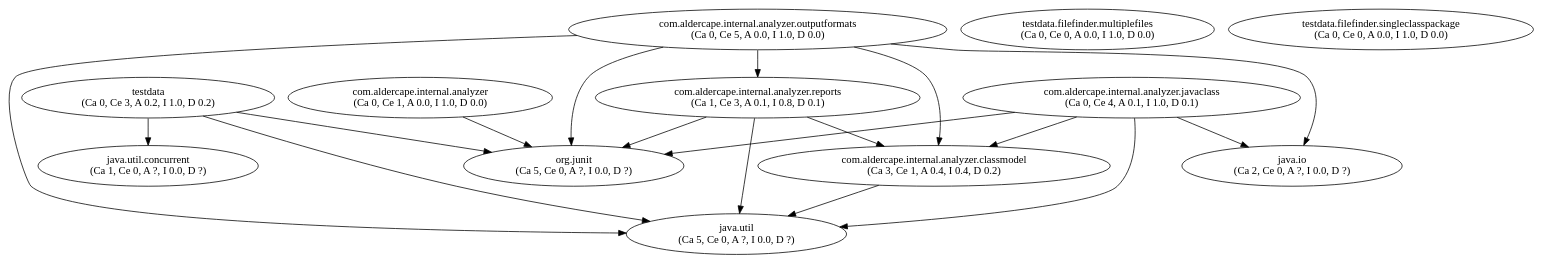
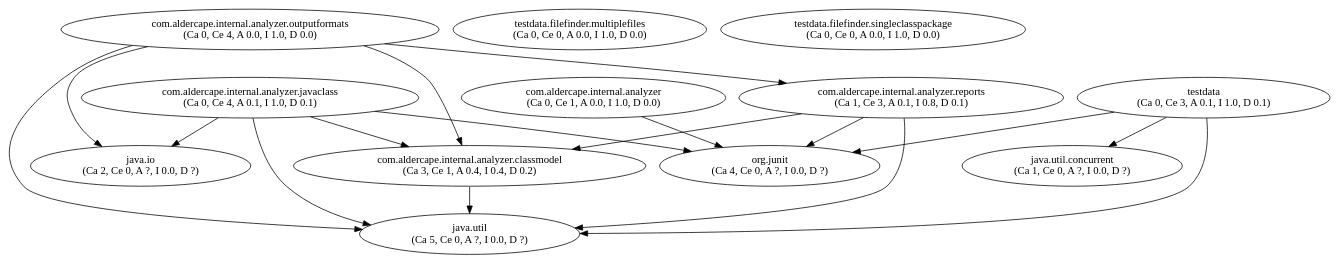
One commit to AlderCape/Analyzer changed the diagram in project.dot. Above: the diagram before and after it, drawn with Graphviz. The commit also changed 16 other files, not shown here.

```diff
--- a/project.dot
+++ b/project.dot
@@ -1,31 +1,30 @@
 digraph G {
 "com.aldercape.internal.analyzer" [label="com.aldercape.internal.analyzer\n(Ca 0, Ce 1, A 0.0, I 1.0, D 0.0)"];
 "com.aldercape.internal.analyzer.classmodel" [label="com.aldercape.internal.analyzer.classmodel\n(Ca 3, Ce 1, A 0.4, I 0.4, D 0.2)"];
 "com.aldercape.internal.analyzer.javaclass" [label="com.aldercape.internal.analyzer.javaclass\n(Ca 0, Ce 4, A 0.1, I 1.0, D 0.1)"];
-"com.aldercape.internal.analyzer.outputformats" [label="com.aldercape.internal.analyzer.outputformats\n(Ca 0, Ce 5, A 0.0, I 1.0, D 0.0)"];
+"com.aldercape.internal.analyzer.outputformats" [label="com.aldercape.internal.analyzer.outputformats\n(Ca 0, Ce 4, A 0.0, I 1.0, D 0.0)"];
 "com.aldercape.internal.analyzer.reports" [label="com.aldercape.internal.analyzer.reports\n(Ca 1, Ce 3, A 0.1, I 0.8, D 0.1)"];
 "java.io" [label="java.io\n(Ca 2, Ce 0, A ?, I 0.0, D ?)"];
 "java.util" [label="java.util\n(Ca 5, Ce 0, A ?, I 0.0, D ?)"];
 "java.util.concurrent" [label="java.util.concurrent\n(Ca 1, Ce 0, A ?, I 0.0, D ?)"];
-"org.junit" [label="org.junit\n(Ca 5, Ce 0, A ?, I 0.0, D ?)"];
-"testdata" [label="testdata\n(Ca 0, Ce 3, A 0.2, I 1.0, D 0.2)"];
+"org.junit" [label="org.junit\n(Ca 4, Ce 0, A ?, I 0.0, D ?)"];
+"testdata" [label="testdata\n(Ca 0, Ce 3, A 0.1, I 1.0, D 0.1)"];
 "testdata.filefinder.multiplefiles" [label="testdata.filefinder.multiplefiles\n(Ca 0, Ce 0, A 0.0, I 1.0, D 0.0)"];
 "testdata.filefinder.singleclasspackage" [label="testdata.filefinder.singleclasspackage\n(Ca 0, Ce 0, A 0.0, I 1.0, D 0.0)"];
 "com.aldercape.internal.analyzer" -> "org.junit";
 "com.aldercape.internal.analyzer.classmodel" -> "java.util";
 "com.aldercape.internal.analyzer.javaclass" -> "com.aldercape.internal.analyzer.classmodel";
 "com.aldercape.internal.analyzer.javaclass" -> "java.io";
 "com.aldercape.internal.analyzer.javaclass" -> "java.util";
 "com.aldercape.internal.analyzer.javaclass" -> "org.junit";
 "com.aldercape.internal.analyzer.outputformats" -> "com.aldercape.internal.analyzer.classmodel";
 "com.aldercape.internal.analyzer.outputformats" -> "com.aldercape.internal.analyzer.reports";
 "com.aldercape.internal.analyzer.outputformats" -> "java.io";
 "com.aldercape.internal.analyzer.outputformats" -> "java.util";
-"com.aldercape.internal.analyzer.outputformats" -> "org.junit";
 "com.aldercape.internal.analyzer.reports" -> "com.aldercape.internal.analyzer.classmodel";
 "com.aldercape.internal.analyzer.reports" -> "java.util";
 "com.aldercape.internal.analyzer.reports" -> "org.junit";
 "testdata" -> "java.util";
 "testdata" -> "java.util.concurrent";
 "testdata" -> "org.junit";
 }
```
